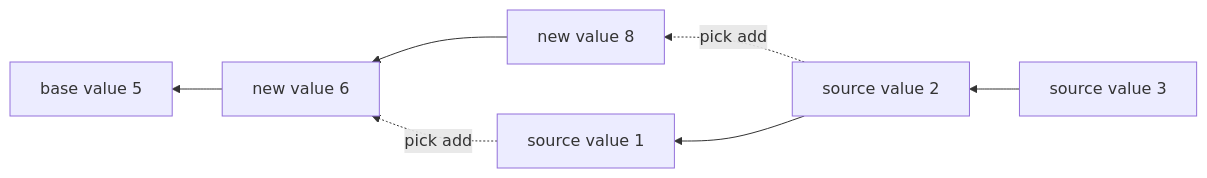
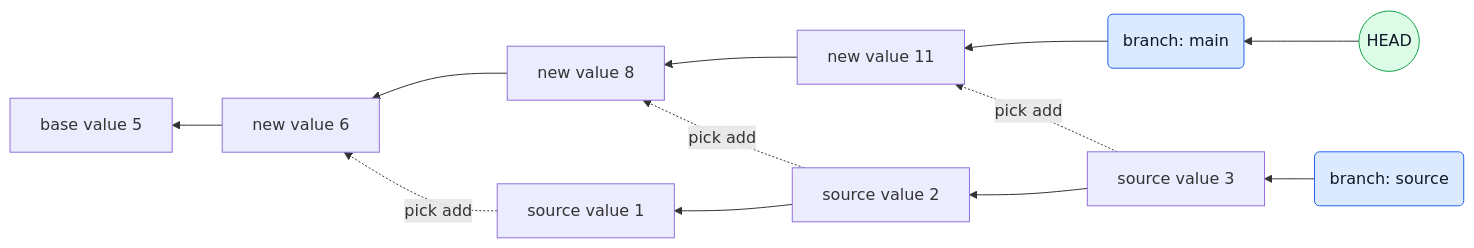
One commit to Lax125/gitscript changed the seventh of 9 diagrams in docs/spec.md. Above: the diagram before and after it, drawn with Mermaid. The commit also changed other lines of this file, not shown here.

Commit message:
improve graphs in spec

````diff
--- a/docs/spec.md
+++ b/docs/spec.md
@@ -499,7 +526,16 @@
 ```mermaid
 flowchart RL
     S3["source value 3"] --> S2["source value 2"] --> S1["source value 1"]
-    T2["new value 8"] --> T1["new value 6"] --> Base["base value 5"]
+    T3["new value 11"] --> T2["new value 8"] --> T1["new value 6"] --> Base["base value 5"]
+    SourceBranch("branch: source") --> S3
+    Head(("HEAD")) --> MainBranch("branch: main")
+    MainBranch --> T3
+    S3 -. "pick add" .-> T3
     S2 -. "pick add" .-> T2
     S1 -. "pick add" .-> T1
+
+    classDef branch fill:#dbeafe,stroke:#2563eb,color:#111827
+    classDef head fill:#dcfce7,stroke:#16a34a,color:#111827
+    class SourceBranch,MainBranch branch
+    class Head head
 ```
````
